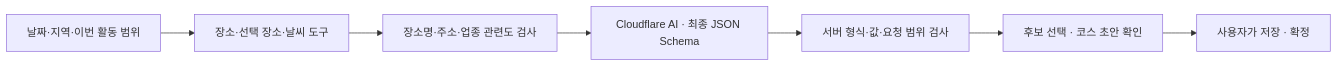
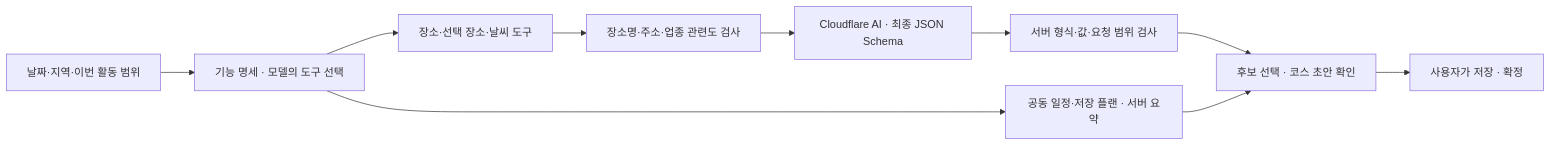
One commit to jhpark-jarvis/we2day changed the second of 2 diagrams in README.md. Above: the diagram before and after it, drawn with Mermaid. The commit also changed other lines of this file and 24 other files, not shown here.

````diff
--- a/README.md
+++ b/README.md
@@ -202,9 +202,12 @@
 ```mermaid
 flowchart LR
-  Input["날짜·지역·이번 활동 범위"] --> Read["장소·선택 장소·날씨 도구"]
+  Input["날짜·지역·이번 활동 범위"] --> Route["기능 명세 · 모델의 도구 선택"]
+  Route --> Private["공동 일정·저장 플랜 · 서버 요약"]
+  Route --> Read["장소·선택 장소·날씨 도구"]
   Read --> Evidence["장소명·주소·업종 관련도 검사"]
   Evidence --> Model["Cloudflare AI · 최종 JSON Schema"]
   Model --> Check["서버 형식·값·요청 범위 검사"]
   Check --> Preview["후보 선택 · 코스 초안 확인"]
+  Private --> Preview
   Preview --> Apply["사용자가 저장 · 확정"]
 ```
````
